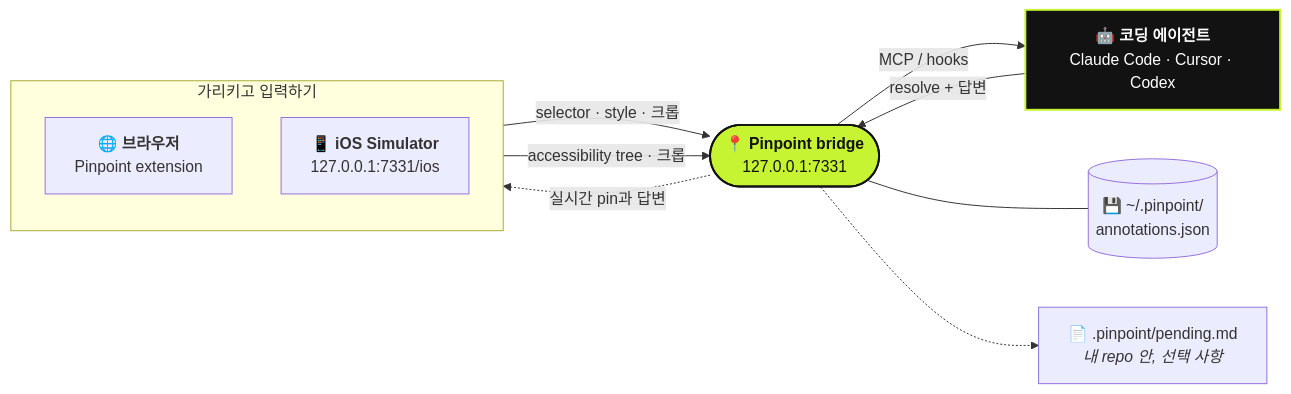
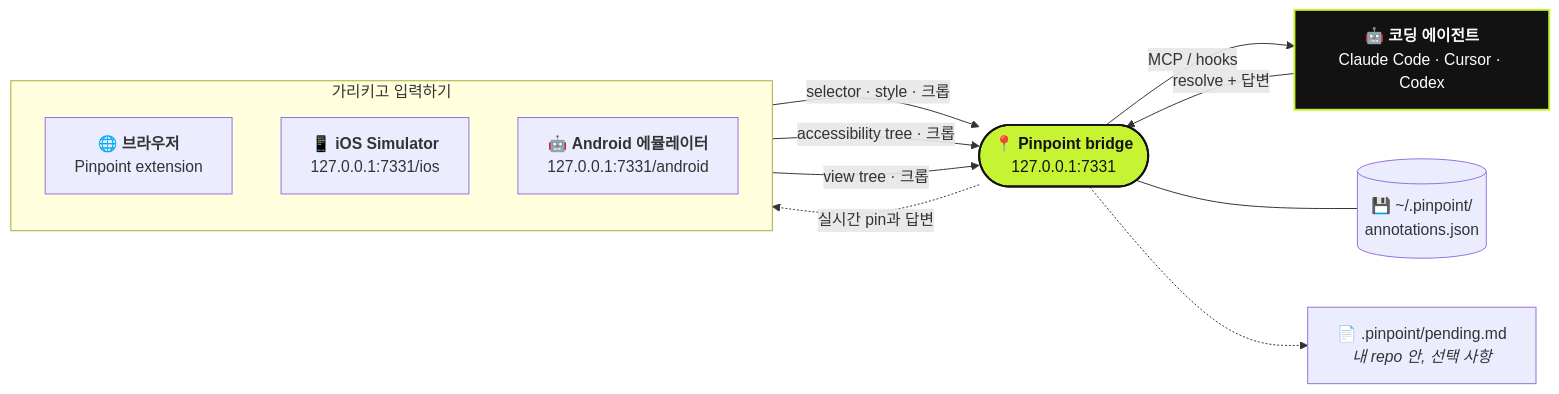
Before and after one commit to gowtham012/PinPoint: the diagram in docs/i18n/README.ko.md, drawn with Mermaid. The commit also changed other lines of this file and 16 other files, not shown here.

````diff
--- a/docs/i18n/README.ko.md
+++ b/docs/i18n/README.ko.md
@@ -49,25 +50,27 @@
 ```mermaid
 flowchart LR
   subgraph you [" 가리키고 입력하기 "]
     direction TB
     B["🌐 <b>브라우저</b><br/>Pinpoint extension"]
     S["📱 <b>iOS Simulator</b><br/>127.0.0.1:7331/ios"]
+    AN["🤖 <b>Android 에뮬레이터</b><br/>127.0.0.1:7331/android"]
   end
   BR(["📍 <b>Pinpoint bridge</b><br/>127.0.0.1:7331"])
   ST[("💾 ~/.pinpoint/<br/>annotations.json")]
   F["📄 .pinpoint/pending.md<br/><i>내 repo 안, 선택 사항</i>"]
   A["🤖 <b>코딩 에이전트</b><br/>Claude Code · Cursor · Codex"]
 
   B -- "selector · style · 크롭" --> BR
   S -- "accessibility tree · 크롭" --> BR
+  AN -- "view tree · 크롭" --> BR
   BR -- "MCP / hooks" --> A
   A -- "resolve + 답변" --> BR
   BR -. "실시간 pin과 답변" .-> B
   BR --- ST
   BR -.-> F
 
   classDef bridge fill:#c6f432,stroke:#121212,stroke-width:2px,color:#121212
   classDef agent fill:#121212,stroke:#c6f432,stroke-width:2px,color:#ffffff
   class BR bridge
   class A agent
 ```
````
